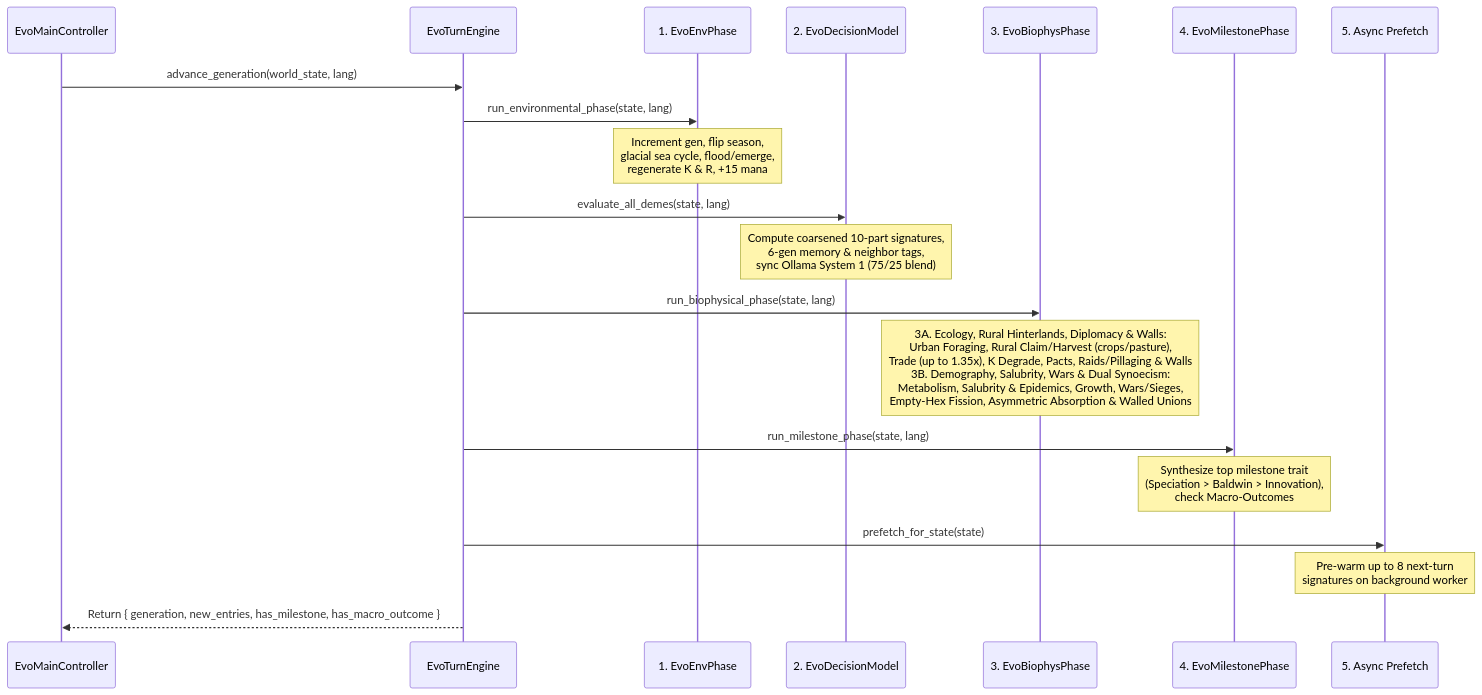
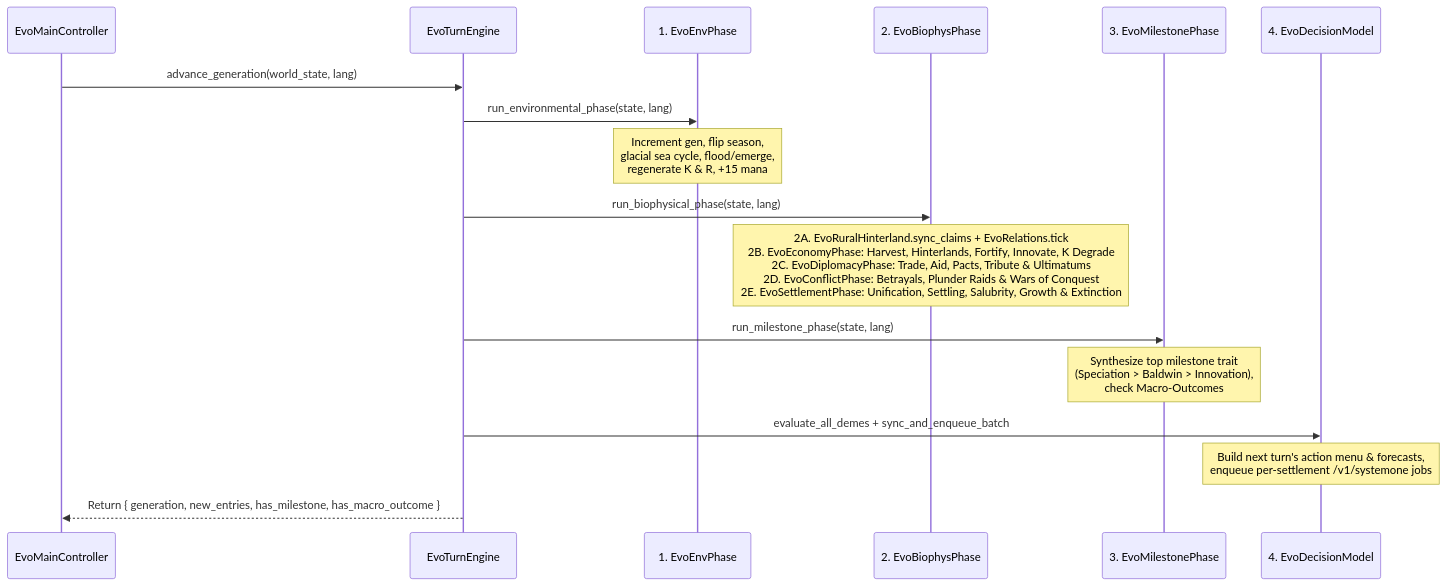
Before and after one commit to arrase/Evolution: the diagram in gh-pages/turn_iterations_mechanics.md, drawn with Mermaid. The commit also changed other lines of this file and 67 other files, not shown here.

````diff
--- a/gh-pages/turn_iterations_mechanics.md
+++ b/gh-pages/turn_iterations_mechanics.md
@@ -9,23 +9,20 @@
 ```mermaid
 sequenceDiagram
     participant Main as EvoMainController
     participant Turn as EvoTurnEngine
     participant Env as 1. EvoEnvPhase
-    participant Cog as 2. EvoDecisionModel
-    participant Bio as 3. EvoBiophysPhase
-    participant Mile as 4. EvoMilestonePhase
-    participant Pre as 5. Async Prefetch
+    participant Bio as 2. EvoBiophysPhase
+    participant Mile as 3. EvoMilestonePhase
+    participant Cog as 4. EvoDecisionModel
 
     Main->>Turn: advance_generation(world_state, lang)
     Turn->>Env: run_environmental_phase(state, lang)
     Note over Env: Increment gen, flip season,<br/>glacial sea cycle, flood/emerge,<br/>regenerate K & R, +15 mana
-    Turn->>Cog: evaluate_all_demes(state, lang)
-    Note over Cog: Compute coarsened 10-part signatures,<br/>6-gen memory & neighbor tags,<br/>sync Ollama System 1 (75/25 blend)
     Turn->>Bio: run_biophysical_phase(state, lang)
-    Note over Bio: 3A. Ecology, Rural Hinterlands, Diplomacy & Walls:<br/>Urban Foraging, Rural Claim/Harvest (crops/pasture),<br/>Trade (up to 1.35x), K Degrade, Pacts, Raids/Pillaging & Walls<br/>3B. Demography, Salubrity, Wars & Dual Synoecism:<br/>Metabolism, Salubrity & Epidemics, Growth, Wars/Sieges,<br/>Empty-Hex Fission, Asymmetric Absorption & Walled Unions
+    Note over Bio: 2A. EvoRuralHinterland.sync_claims + EvoRelations.tick<br/>2B. EvoEconomyPhase: Harvest, Hinterlands, Fortify, Innovate, K Degrade<br/>2C. EvoDiplomacyPhase: Trade, Aid, Pacts, Tribute & Ultimatums<br/>2D. EvoConflictPhase: Betrayals, Plunder Raids & Wars of Conquest<br/>2E. EvoSettlementPhase: Unification, Settling, Salubrity, Growth & Extinction
     Turn->>Mile: run_milestone_phase(state, lang)
     Note over Mile: Synthesize top milestone trait<br/>(Speciation > Baldwin > Innovation),<br/>check Macro-Outcomes
-    Turn->>Pre: prefetch_for_state(state)
-    Note over Pre: Pre-warm up to 8 next-turn<br/>signatures on background worker
+    Turn->>Cog: evaluate_all_demes + sync_and_enqueue_batch
+    Note over Cog: Build next turn's action menu & forecasts,<br/>enqueue per-settlement /v1/systemone jobs
     Turn-->>Main: Return { generation, new_entries, has_milestone, has_macro_outcome }
 ```
````
